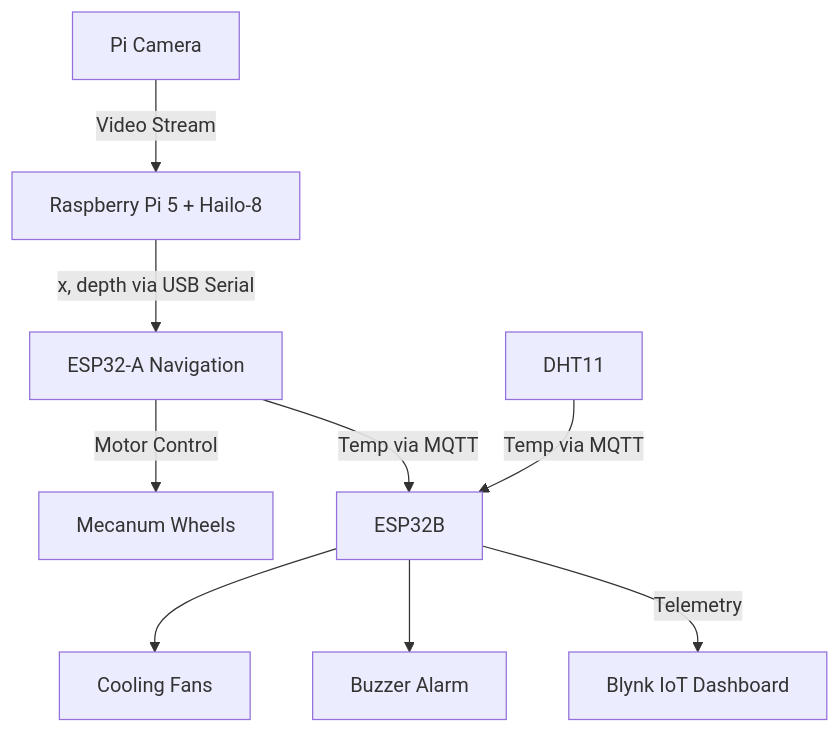
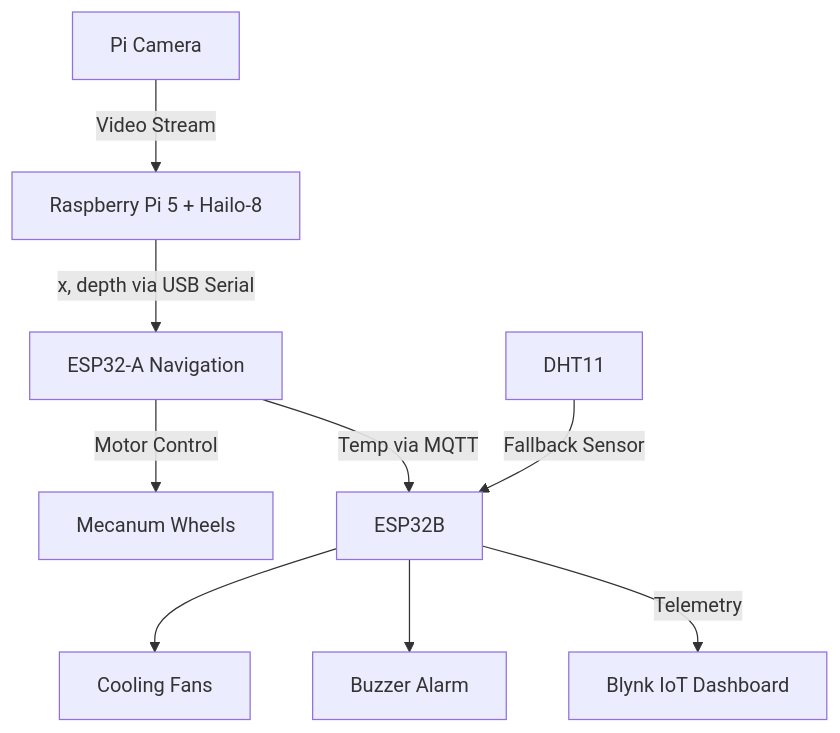
The diagram in README.md (DurraniHakim27/Autonomous-Navigation-IoT-Robot-with-Vision-Thermal-Sensing-and-Control), drawn with Mermaid before and after one commit.

````diff
--- a/README.md
+++ b/README.md
@@ -13,12 +13,12 @@
 ```mermaid
 flowchart TD
     Camera[Pi Camera] -->|Video Stream| Pi[Raspberry Pi 5 + Hailo-8]
     Pi -->|x, depth via USB Serial| ESP32A[ESP32-A Navigation]
     ESP32A -->|Motor Control| Wheels[Mecanum Wheels]
     ESP32A -->|Temp via MQTT| ESP32B
     ESP32B --> Fan[Cooling Fans]
     ESP32B --> Buzzer[Buzzer Alarm]
     ESP32B -->|Telemetry| Blynk[Blynk IoT Dashboard]
-    DHT11 -->|Temp via MQTT| ESP32B
+    DHT11 -->|Fallback Sensor| ESP32B
     
 ```
````
